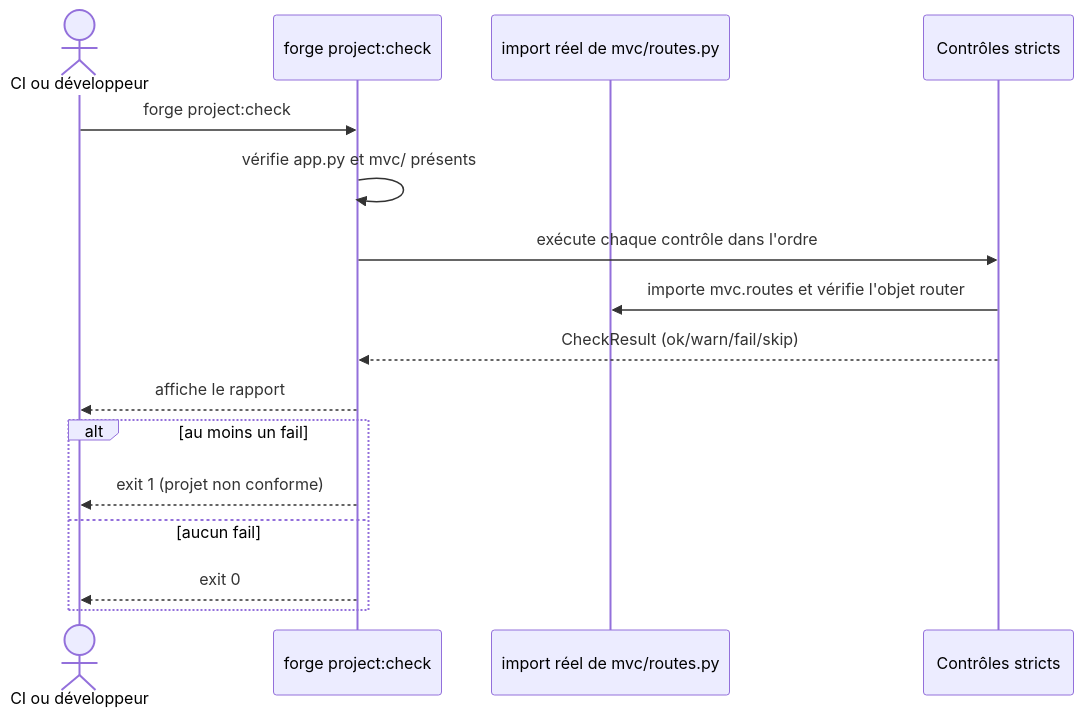
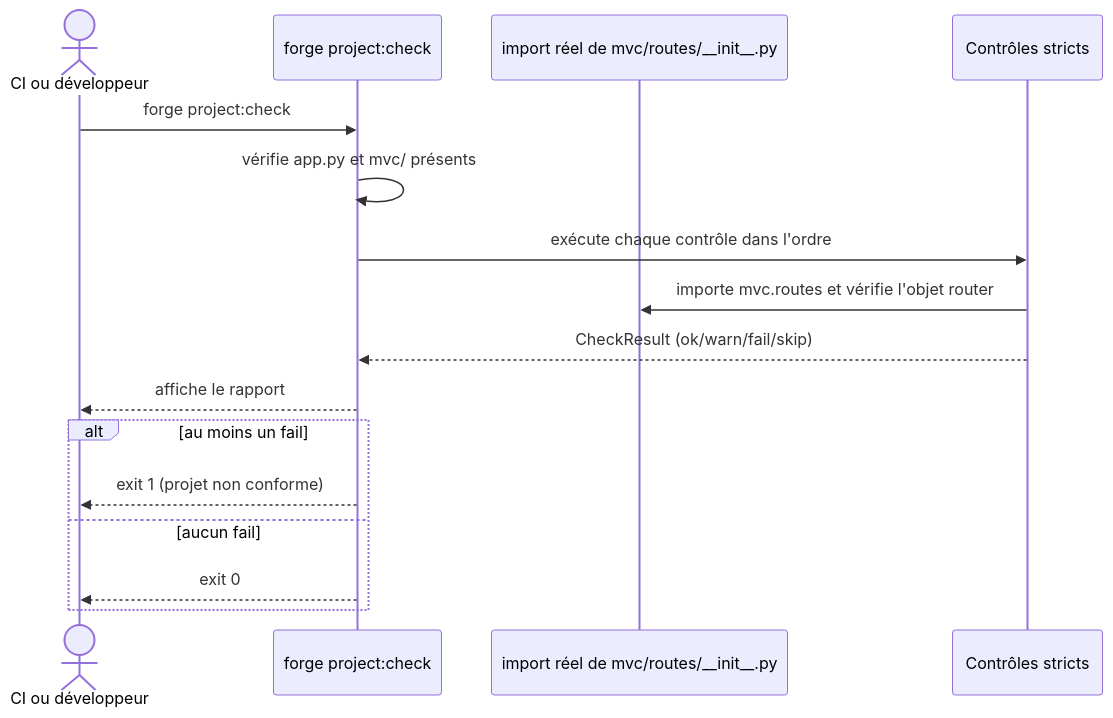
Before and after one commit to caucrogeGit/Forge: the diagram in cli/project/docs/project_check.md, drawn with Mermaid. The commit also changed other lines of this file and 68 other files, not shown here.

First line of the commit message:
refactor(routes): éclater mvc/routes.py en paquet mvc/routes/ par contrôleur (ADR-068)

````diff
--- a/cli/project/docs/project_check.md
+++ b/cli/project/docs/project_check.md
@@ -40,19 +40,19 @@
 ```mermaid
 sequenceDiagram
     actor CI as CI ou développeur
     participant Check as forge project:check
-    participant Routes as import réel de mvc/routes.py
+    participant Routes as import réel de mvc/routes/__init__.py
     participant Checks as Contrôles stricts
 
     CI->>Check: forge project:check
     Check->>Check: vérifie app.py et mvc/ présents
     Check->>Checks: exécute chaque contrôle dans l'ordre
     Checks->>Routes: importe mvc.routes et vérifie l'objet router
     Checks-->>Check: CheckResult (ok/warn/fail/skip)
     Check-->>CI: affiche le rapport
     alt au moins un fail
         Check-->>CI: exit 1 (projet non conforme)
     else aucun fail
         Check-->>CI: exit 0
     end
 ```
````
